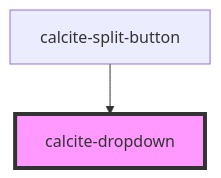
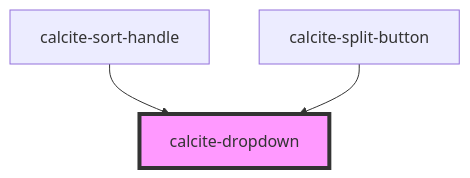
Before and after one commit to Esri/calcite-design-system: the diagram in packages/calcite-components/src/components/dropdown/readme.md, drawn with Mermaid. The commit also changed other lines of this file and 25 other files, not shown here.

````diff
--- a/packages/calcite-components/src/components/dropdown/readme.md
+++ b/packages/calcite-components/src/components/dropdown/readme.md
@@ -78,5 +79,6 @@
 ```mermaid
 graph TD;
+  calcite-sort-handle --> calcite-dropdown
   calcite-split-button --> calcite-dropdown
   style calcite-dropdown fill:#f9f,stroke:#333,stroke-width:4px
 ```
````
